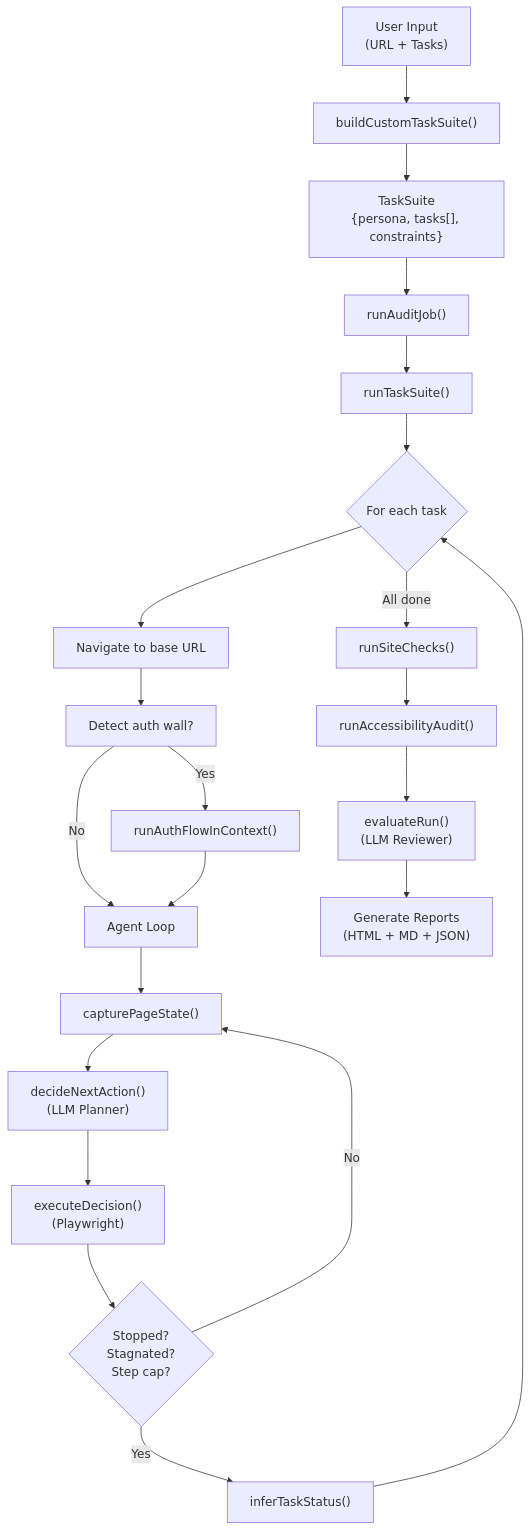
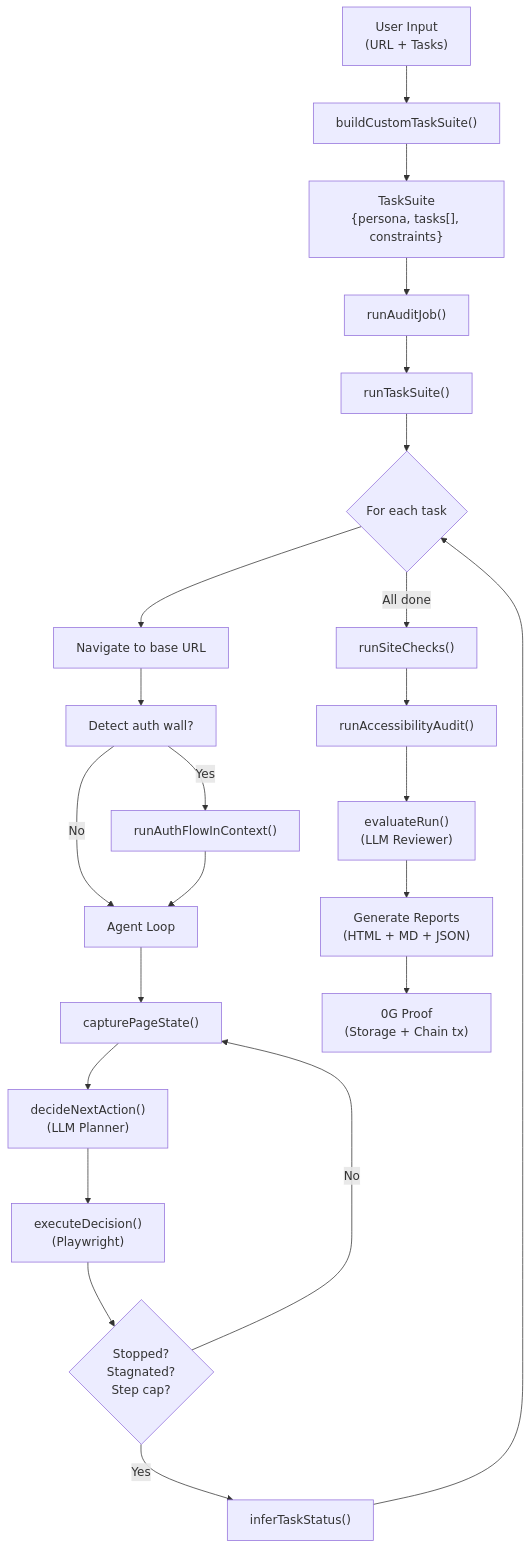
One commit to CredFluid/site-agent-0G-hackton changed the first of 6 diagrams in ARCHITECTURE.md. Above: the diagram before and after it, drawn with Mermaid. The commit also changed other lines of this file and 26 other files, not shown here.

````diff
--- a/ARCHITECTURE.md
+++ b/ARCHITECTURE.md
@@ -133,27 +142,28 @@
 ```mermaid
 flowchart TD
     A["User Input<br/>(URL + Tasks)"] --> B["buildCustomTaskSuite()"]
     B --> C["TaskSuite<br/>{persona, tasks[], constraints}"]
     C --> D["runAuditJob()"]
     D --> E["runTaskSuite()"]
     
     E --> F{"For each task"}
     F --> G["Navigate to base URL"]
     G --> H["Detect auth wall?"]
     H -->|Yes| I["runAuthFlowInContext()"]
     H -->|No| J["Agent Loop"]
     I --> J
     
     J --> K["capturePageState()"]
     K --> L["decideNextAction()<br/>(LLM Planner)"]
     L --> M["executeDecision()<br/>(Playwright)"]
     M --> N{"Stopped?<br/>Stagnated?<br/>Step cap?"}
     N -->|No| K
     N -->|Yes| O["inferTaskStatus()"]
     
     O --> F
     F -->|All done| P["runSiteChecks()"]
     P --> Q["runAccessibilityAudit()"]
     Q --> R["evaluateRun()<br/>(LLM Reviewer)"]
     R --> S["Generate Reports<br/>(HTML + MD + JSON)"]
+    S --> T["0G Proof<br/>(Storage + Chain tx)"]
 ```
````
